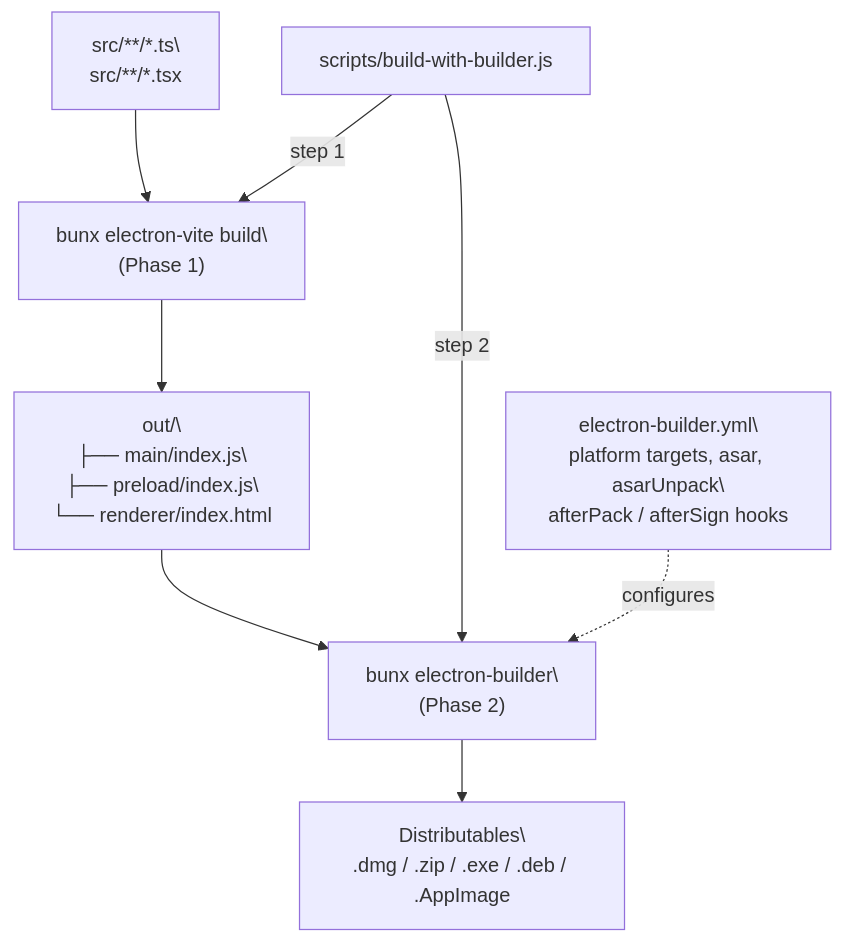
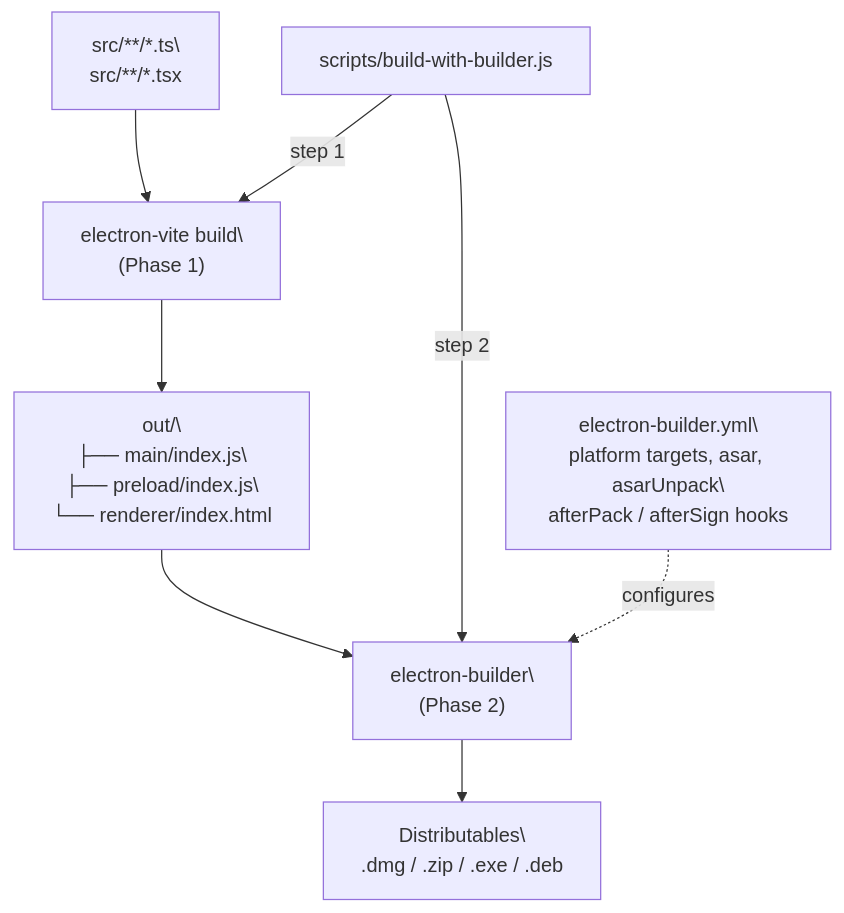
The first of 5 diagrams in docs/iOfficeAI_AionUi/build-and-deployment/two-phase-build-process.md (blackcater/zentree), drawn with Mermaid before and after one commit. The commit also changed other lines of this file and 232 other files, not shown here.

````diff
--- a/docs/iOfficeAI_AionUi/build-and-deployment/two-phase-build-process.md
+++ b/docs/iOfficeAI_AionUi/build-and-deployment/two-phase-build-process.md
@@ -31,29 +57,29 @@
 ```mermaid
 graph TB
     Source["src/**/*.ts\
 src/**/*.tsx"]
-    ViteBuild["bunx electron-vite build\
+    ViteBuild["electron-vite build\
 (Phase 1)"]
     OutDir["out/\
 ├── main/index.js\
 ├── preload/index.js\
 └── renderer/index.html"]
-    BuilderPkg["bunx electron-builder\
+    BuilderPkg["electron-builder\
 (Phase 2)"]
     Artifacts["Distributables\
-.dmg / .zip / .exe / .deb / .AppImage"]
+.dmg / .zip / .exe / .deb"]
 
     Source --> ViteBuild
     ViteBuild --> OutDir
     OutDir --> BuilderPkg
     BuilderPkg --> Artifacts
 
     Orchestrator["scripts/build-with-builder.js"]
     Orchestrator -- "step 1" --> ViteBuild
     Orchestrator -- "step 2" --> BuilderPkg
 
     BuilderConfig["electron-builder.yml\
 platform targets, asar, asarUnpack\
 afterPack / afterSign hooks"]
     BuilderConfig -. "configures" .-> BuilderPkg
 ```
````
